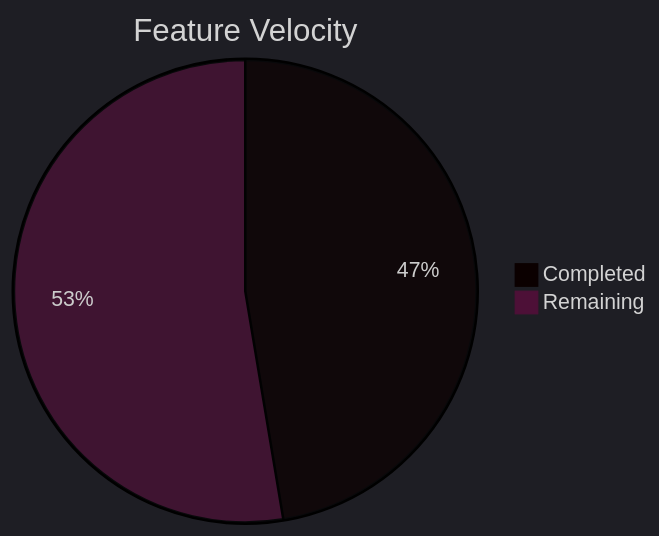
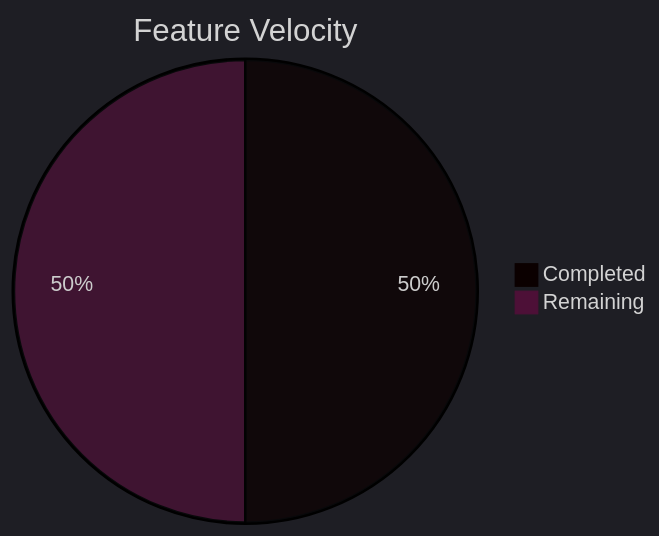
One commit to Neogleamz/SK8Lytz changed the fifth of 5 diagrams in tools/SK8Lytz_Bucket_List.md. Above: the diagram before and after it, drawn with Mermaid. The commit also changed other lines of this file and 4 other files, not shown here.

````diff
--- a/tools/SK8Lytz_Bucket_List.md
+++ b/tools/SK8Lytz_Bucket_List.md
@@ -78,6 +83,6 @@
 ```mermaid
 %%{init: {'theme': 'dark'}}%%
 pie title Feature Velocity
-  "Completed" : 9
+  "Completed" : 10
   "Remaining" : 10
 ```
````
